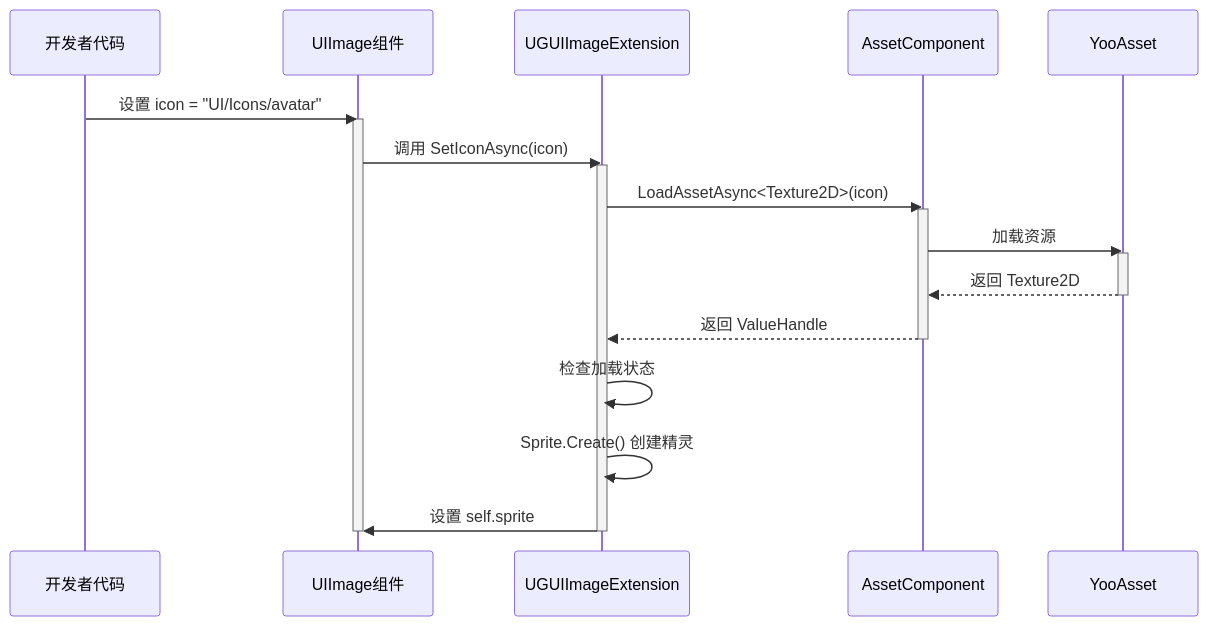
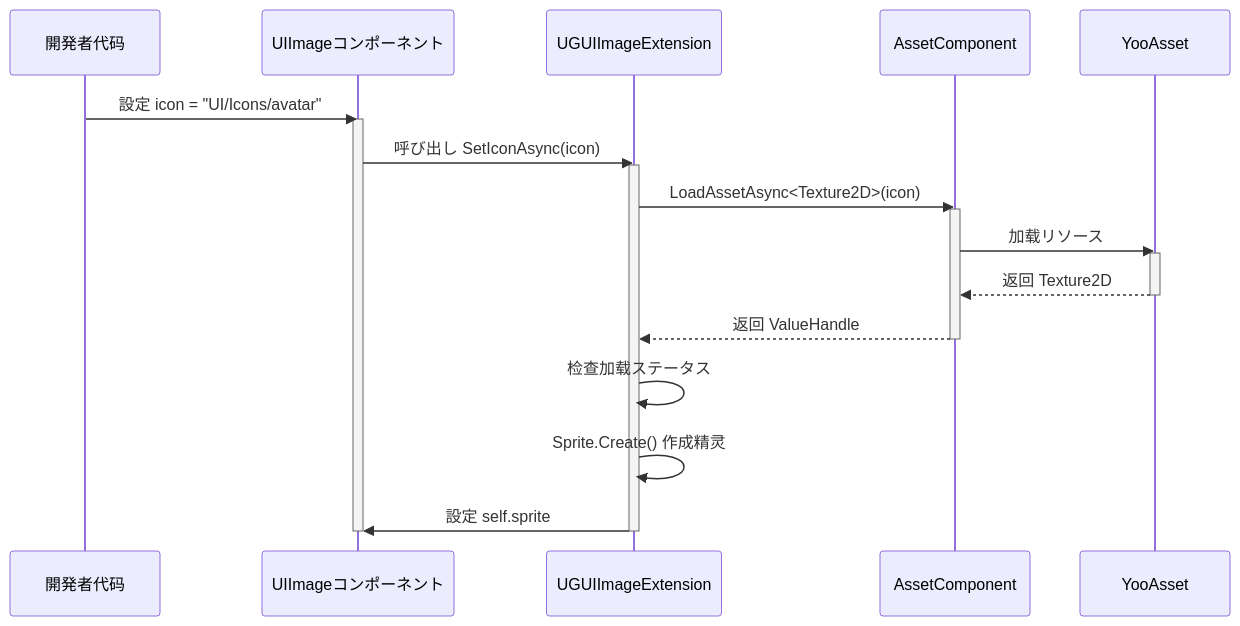
The second of 3 diagrams in docs/ja/client/unity/component/ui-ugui/09.uiimage.md (AlianBlank/GameFrameX.Docs), drawn with Mermaid before and after one commit. The commit also changed other lines of this file and 603 other files, not shown here.

````diff
--- a/docs/ja/client/unity/component/ui-ugui/09.uiimage.md
+++ b/docs/ja/client/unity/component/ui-ugui/09.uiimage.md
@@ -55,26 +55,26 @@
 ```mermaid
 sequenceDiagram
-    participant Dev as 开发者代码
-    participant UI as UIImage组件
+    participant Dev as 開発者代码
+    participant UI as UIImageコンポーネント
     participant Ext as UGUIImageExtension
     participant Asset as AssetComponent
     participant Yoo as YooAsset
 
-    Dev->>UI: 设置 icon = "UI/Icons/avatar"
+    Dev->>UI: 設定 icon = "UI/Icons/avatar"
     activate UI
-    UI->>Ext: 调用 SetIconAsync(icon)
+    UI->>Ext: 呼び出し SetIconAsync(icon)
     activate Ext
     Ext->>Asset: LoadAssetAsync<Texture2D>(icon)
     activate Asset
-    Asset->>Yoo: 加载资源
+    Asset->>Yoo: 加载リソース
     activate Yoo
     Yoo-->>Asset: 返回 Texture2D
     deactivate Yoo
     Asset-->>Ext: 返回 ValueHandle
     deactivate Asset
-    Ext->>Ext: 检查加载状态
-    Ext->>Ext: Sprite.Create() 创建精灵
-    Ext->>UI: 设置 self.sprite
+    Ext->>Ext: 检查加载ステータス
+    Ext->>Ext: Sprite.Create() 作成精灵
+    Ext->>UI: 設定 self.sprite
     deactivate Ext
     deactivate UI
 ```
````
